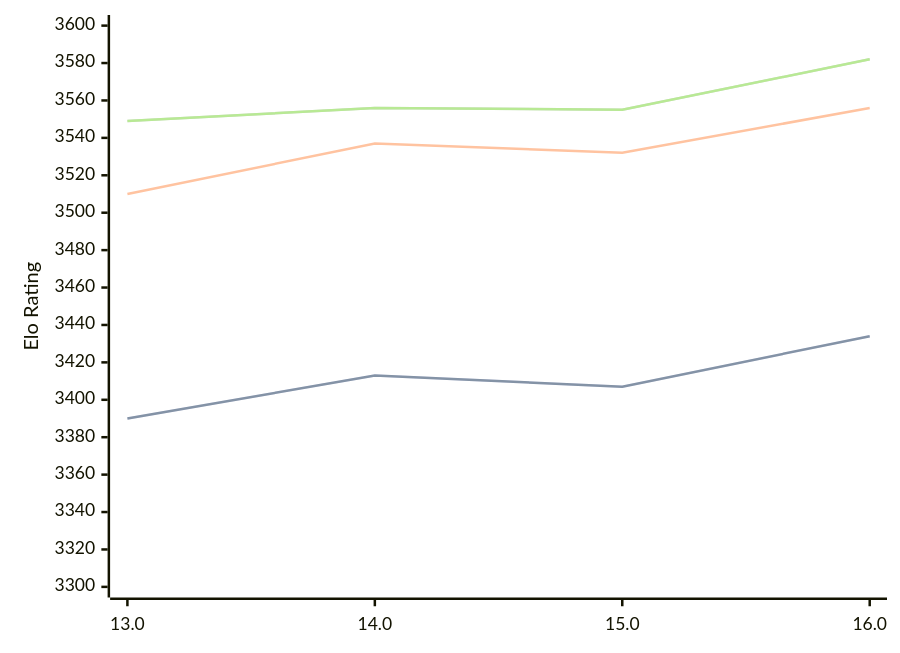
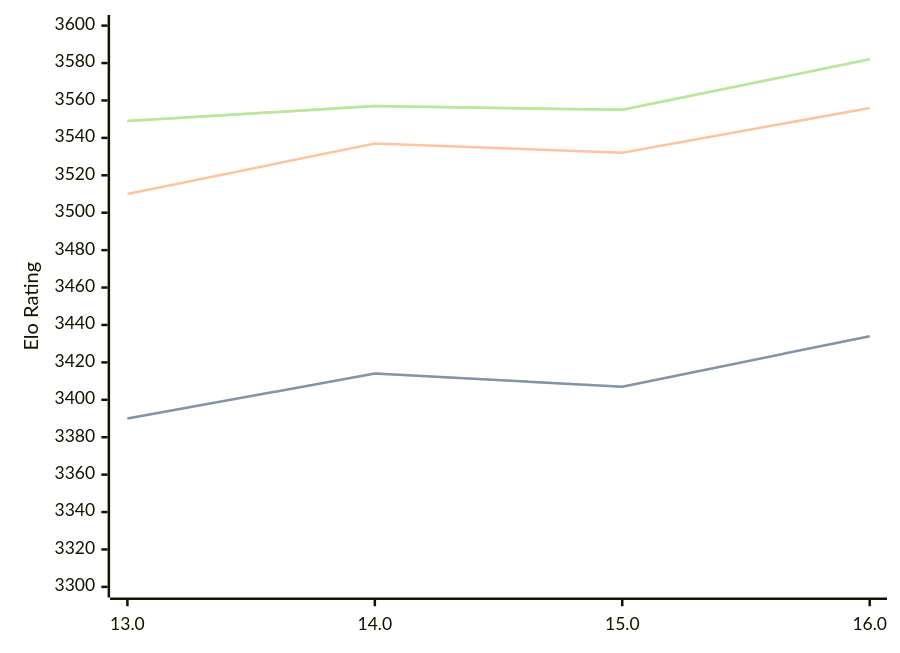
One commit to computer-chess-index/cci changed the diagram in engines/Obsidian.md. Above: the diagram before and after it, drawn with Mermaid. The commit also changed other lines of this file, not shown here.

Commit message:
Update CCI Ratings (ELO VLTC) - 2026-08-23

````diff
--- a/engines/Obsidian.md
+++ b/engines/Obsidian.md
@@ -34,11 +34,11 @@
 ```mermaid
 %%{init: {"theme":"base","themeVariables":{"seriesColors:['#a3a3a3','#222221','#faa371']}}}%%
 xychart-beta
   x-axis ["13.0", "14.0", "15.0", "16.0"]
   y-axis "Elo Rating" 3300 --> 3600
-  line "STC (8.0+0.08s)" [3390, 3413, 3407, 3434]
-  line "STC (8.0+0.08s)" [3390, 3413, 3407, 3434]
+  line "STC (8.0+0.08s)" [3390, 3414, 3407, 3434]
+  line "STC (8.0+0.08s)" [3390, 3414, 3407, 3434]
   line "LTC (60.0+0.60s)" [3510, 3537, 3532, 3556]
-  line "VLTC (2m24s+1.12s)" [3549, 3556, 3555, 3582]
-  line "VLTC (2m24s+1.12s)" [3549, 3556, 3555, 3582]
+  line "VLTC (2m24s+1.12s)" [3549, 3557, 3555, 3582]
+  line "VLTC (2m24s+1.12s)" [3549, 3557, 3555, 3582]
 ```
````
